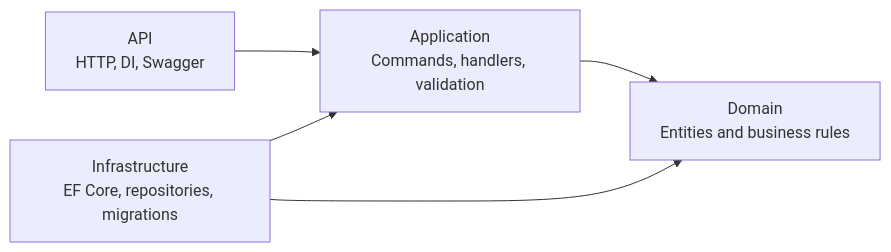
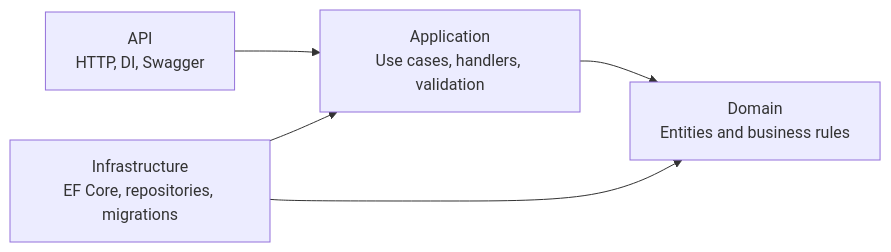
The first of 2 diagrams in README.md (Andrei-Mihnea/DevFlow), drawn with Mermaid before and after one commit. The commit also changed other lines of this file and 6 other files, not shown here.

````diff
--- a/README.md
+++ b/README.md
@@ -9,7 +9,7 @@
 ```mermaid
 flowchart LR
-    api[API<br/>HTTP, DI, Swagger] --> application[Application<br/>Commands, handlers, validation]
+    api[API<br/>HTTP, DI, Swagger] --> application[Application<br/>Use cases, handlers, validation]
     application --> domain[Domain<br/>Entities and business rules]
     infrastructure[Infrastructure<br/>EF Core, repositories, migrations] --> application
     infrastructure --> domain
 ```
````
